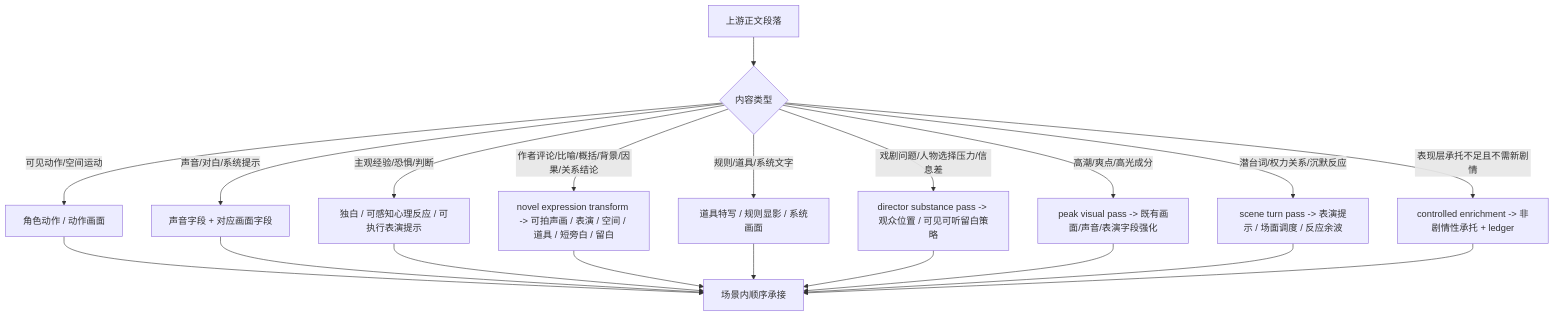
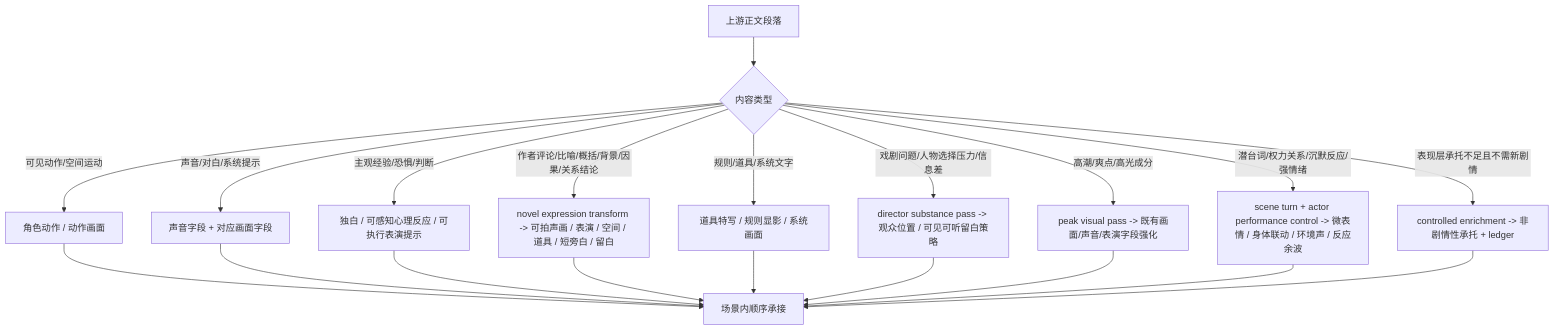
The second of 2 diagrams in .agents/skills/aigc/2-编导/SKILL.md (ZEN-VOID/AI-CUT), drawn with Mermaid before and after one commit. The commit also changed other lines of this file and 44 other files, not shown here.

````diff
--- a/.agents/skills/aigc/2-编导/SKILL.md
+++ b/.agents/skills/aigc/2-编导/SKILL.md
@@ -223,22 +225,22 @@
 ```mermaid
 flowchart TD
     A["上游正文段落"] --> B{"内容类型"}
     B -->|"可见动作/空间运动"| C["角色动作 / 动作画面"]
     B -->|"声音/对白/系统提示"| D["声音字段 + 对应画面字段"]
     B -->|"主观经验/恐惧/判断"| E["独白 / 可感知心理反应 / 可执行表演提示"]
     B -->|"作者评论/比喻/概括/背景/因果/关系结论"| N["novel expression transform -> 可拍声画 / 表演 / 空间 / 道具 / 短旁白 / 留白"]
     B -->|"规则/道具/系统文字"| F["道具特写 / 规则显影 / 系统画面"]
     B -->|"戏剧问题/人物选择压力/信息差"| K["director substance pass -> 观众位置 / 可见可听留白策略"]
     B -->|"高潮/爽点/高光成分"| H["peak visual pass -> 既有画面/声音/表演字段强化"]
-    B -->|"潜台词/权力关系/沉默反应"| I["scene turn pass -> 表演提示 / 场面调度 / 反应余波"]
+    B -->|"潜台词/权力关系/沉默反应/强情绪"| I["scene turn + actor performance control -> 微表情 / 身体联动 / 环境声 / 反应余波"]
     B -->|"表现层承托不足且不需新剧情"| J["controlled enrichment -> 非剧情性承托 + ledger"]
     C --> G["场景内顺序承接"]
     D --> G
     E --> G
     N --> G
     F --> G
     K --> G
     H --> G
     I --> G
     J --> G
 ```
````
